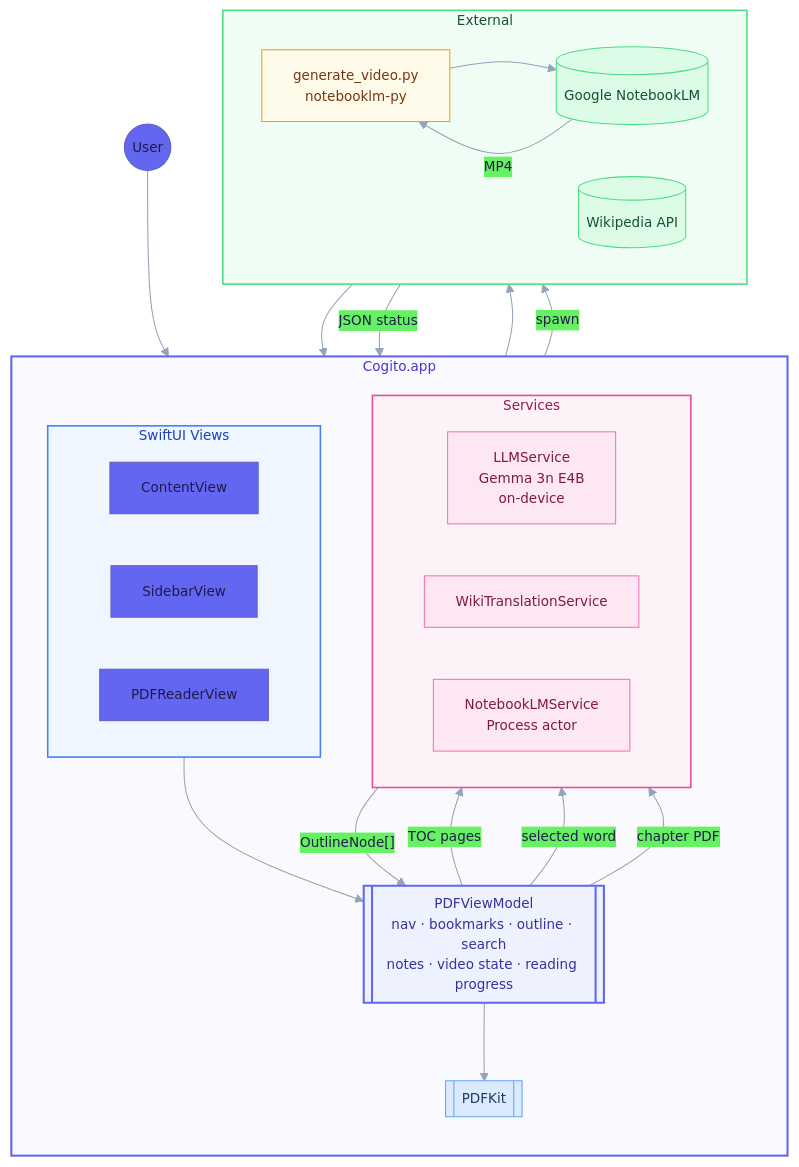
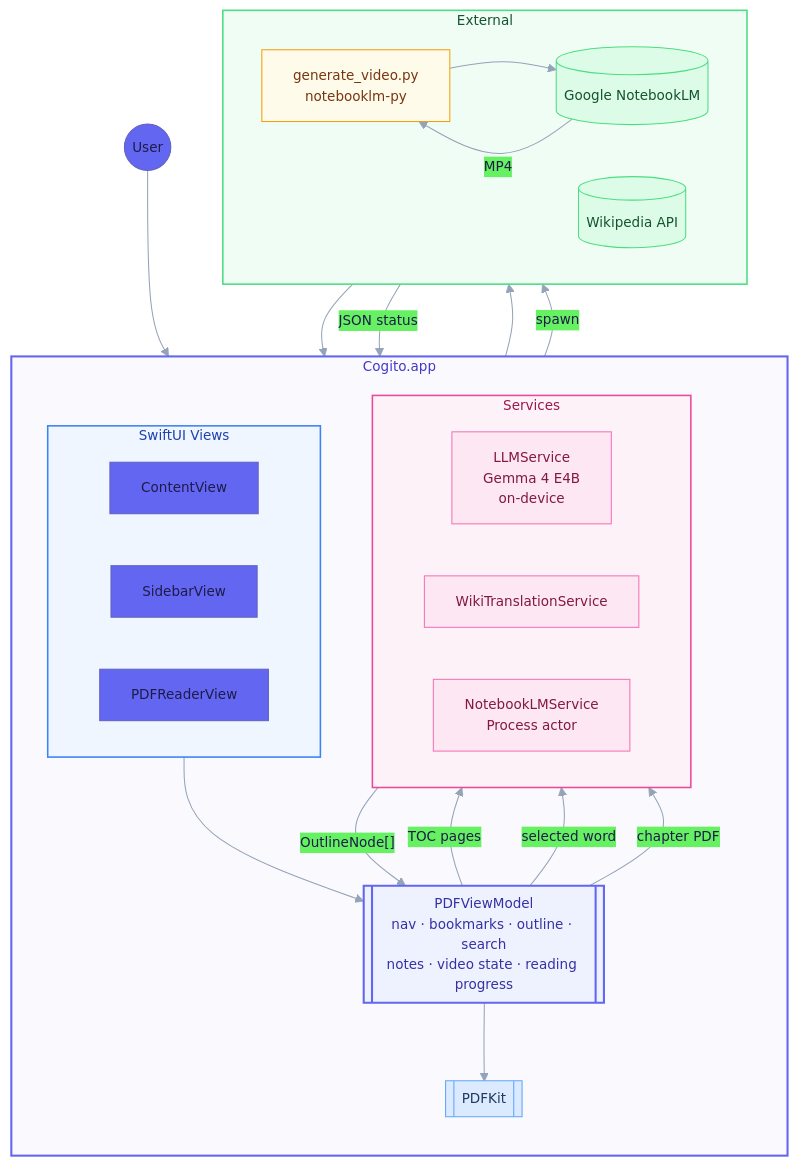
The diagram in README.md (shkao/cogito), drawn with Mermaid before and after one commit. The commit also changed other lines of this file and 12 other files, not shown here.

````diff
--- a/README.md
+++ b/README.md
@@ -25,64 +27,64 @@
 ```mermaid
 %%{init:{'theme':'base','themeVariables':{'primaryColor':'#6366f1','primaryTextColor':'#1e1b4b','lineColor':'#94a3b8','fontSize':'13px'}}}%%
 graph TD
     User(("User"))
 
     subgraph App[" Cogito.app "]
         direction TB
 
         subgraph Views[" SwiftUI Views "]
             direction LR
             CV["ContentView"]
             SB["SidebarView"]
             PR["PDFReaderView"]
         end
 
         VM[["PDFViewModel\nnav · bookmarks · outline · search\nnotes · video state · reading progress"]]
 
         PDFKit[["PDFKit"]]
 
         subgraph Svc[" Services "]
             direction LR
-            LLM["LLMService\nGemma 3n E4B\non-device"]
+            LLM["LLMService\nGemma 4 E4B\non-device"]
             WTS["WikiTranslationService"]
             NLM["NotebookLMService\nProcess actor"]
         end
     end
 
     subgraph Ext[" External "]
         direction LR
         PY["generate_video.py\nnotebooklm-py"]
         Wiki[("Wikipedia API")]
         NLMAPI[("Google NotebookLM")]
     end
 
     User --> Views
     Views --> VM
     VM --> PDFKit
 
     VM -- "TOC pages" --> LLM
     LLM -- "OutlineNode[]" --> VM
 
     VM -- "selected word" --> WTS
     WTS --> Wiki
     Wiki --> WTS
 
     VM -- "chapter PDF" --> NLM
     NLM -- "spawn" --> PY
     PY --> NLMAPI
     NLMAPI -- "MP4" --> PY
     PY -- "JSON status" --> NLM
 
     style App fill:#fafafe,stroke:#6366f1,stroke-width:2px,color:#4338ca
     style Views fill:#eff6ff,stroke:#3b82f6,stroke-width:1.5px,color:#1e40af
     style Svc fill:#fdf2f8,stroke:#ec4899,stroke-width:1.5px,color:#9d174d
     style Ext fill:#f0fdf4,stroke:#4ade80,stroke-width:1.5px,color:#14532d
     style VM fill:#eef2ff,stroke:#6366f1,stroke-width:2px,color:#3730a3
     style PDFKit fill:#dbeafe,stroke:#60a5fa,color:#1e3a5f
     style LLM fill:#fce7f3,stroke:#f472b6,color:#831843
     style WTS fill:#fce7f3,stroke:#f472b6,color:#831843
     style NLM fill:#fce7f3,stroke:#f472b6,color:#831843
     style PY fill:#fffbeb,stroke:#f59e0b,color:#78350f
     style Wiki fill:#dcfce7,stroke:#4ade80,color:#14532d
     style NLMAPI fill:#dcfce7,stroke:#4ade80,color:#14532d
 ```
````
